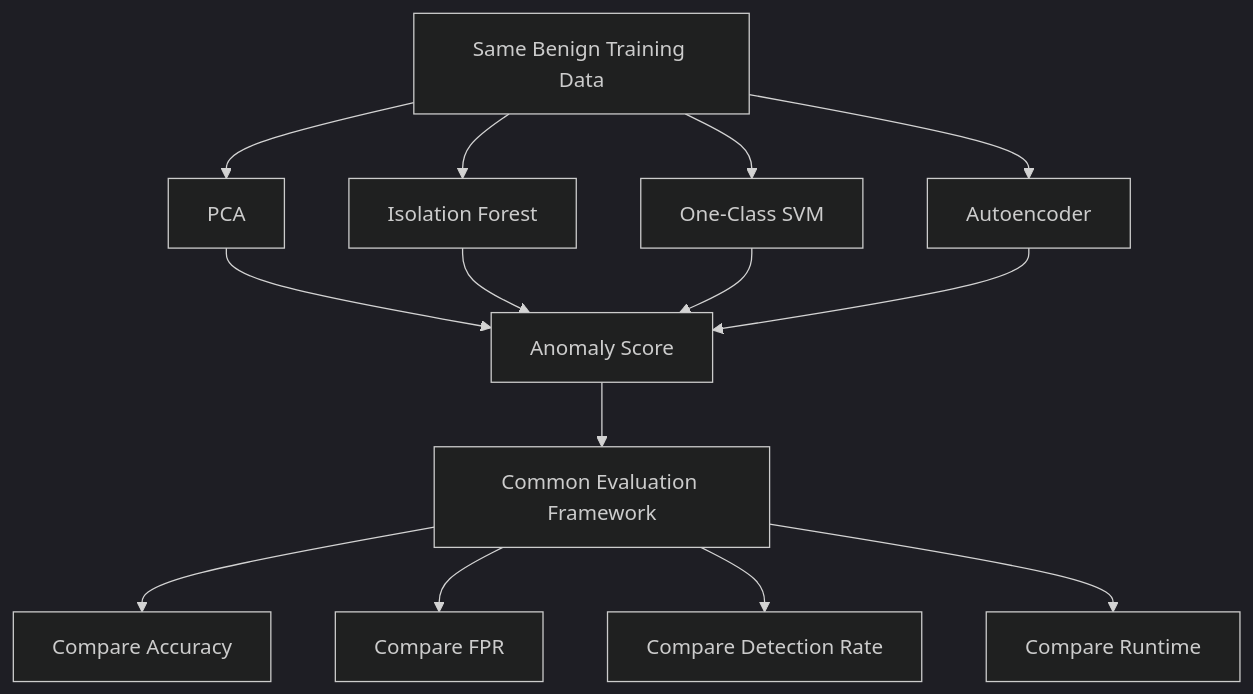
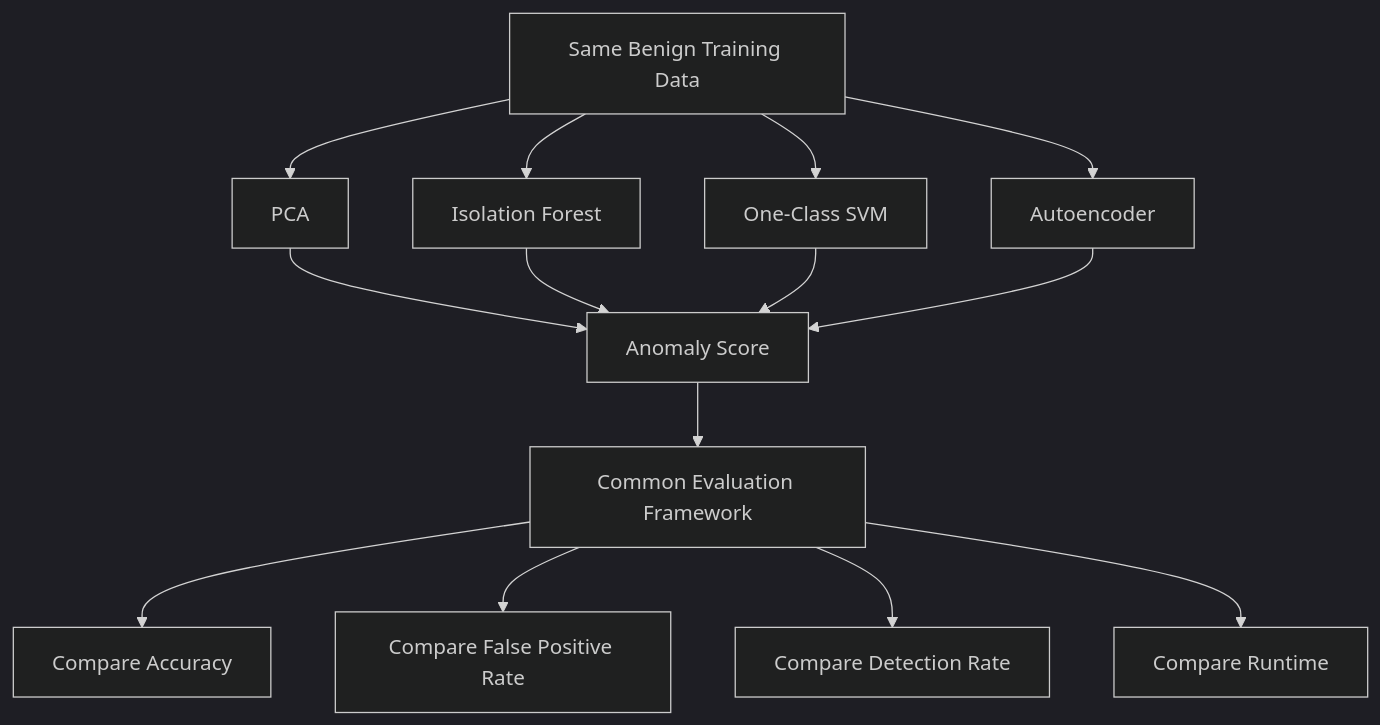
One commit to farhadakhtar/pca-network-anomaly-detection changed diagram 15 of 20 in README.md. Above: the diagram before and after it, drawn with Mermaid (dark theme). The commit also changed other lines of this file, not shown here.

````diff
--- a/README.md
+++ b/README.md
@@ -878,21 +850,21 @@
 ```mermaid
 flowchart TD
     A[Same Benign Training Data]
 
     A --> B[PCA]
     A --> C[Isolation Forest]
     A --> D[One-Class SVM]
     A --> E[Autoencoder]
 
     B --> F[Anomaly Score]
     C --> F
     D --> F
     E --> F
 
     F --> G[Common Evaluation Framework]
 
     G --> H[Compare Accuracy]
-    G --> I[Compare FPR]
+    G --> I[Compare False Positive Rate]
     G --> J[Compare Detection Rate]
     G --> K[Compare Runtime]
 ```
````
